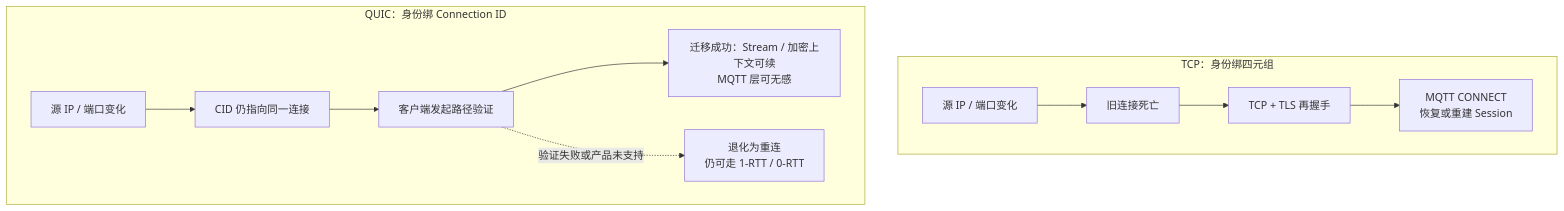
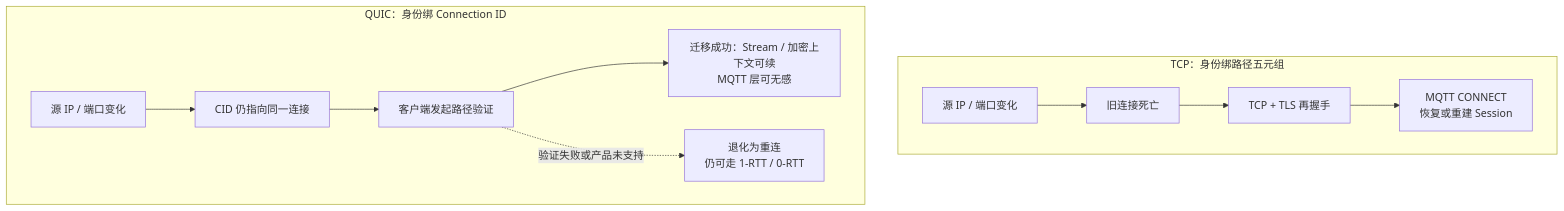
The first of 2 diagrams in 20-architecture/27-mqtt-over-quic-treatise.md (xiaxinyu/knowledge_base), drawn with Mermaid before and after one commit. The commit also changed other lines of this file and 2 other files, not shown here.

````diff
--- a/20-architecture/27-mqtt-over-quic-treatise.md
+++ b/20-architecture/27-mqtt-over-quic-treatise.md
@@ -191,14 +196,14 @@
 ```mermaid
 flowchart TB
-  subgraph TCP["TCP：身份绑四元组"]
+  subgraph TCP["TCP：身份绑路径五元组"]
     T1[源 IP / 端口变化] --> T2[旧连接死亡]
     T2 --> T3[TCP + TLS 再握手]
     T3 --> T4[MQTT CONNECT<br/>恢复或重建 Session]
   end
   subgraph QUIC["QUIC：身份绑 Connection ID"]
     Q1[源 IP / 端口变化] --> Q2[CID 仍指向同一连接]
     Q2 --> Q3[客户端发起路径验证]
     Q3 --> Q4[迁移成功：Stream / 加密上下文可续<br/>MQTT 层可无感]
     Q3 -.->|验证失败或产品未支持| Q5[退化为重连<br/>仍可走 1-RTT / 0-RTT]
   end
 ```
````
